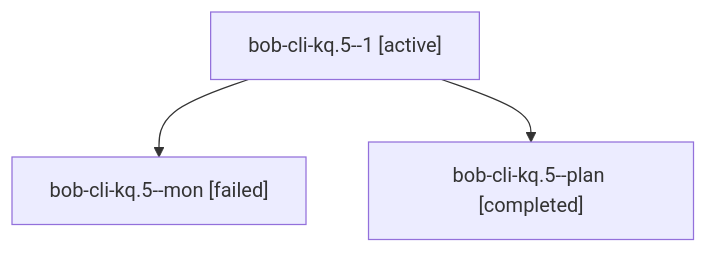
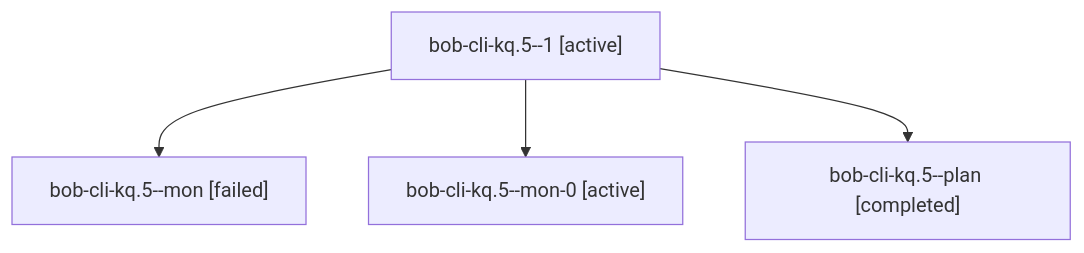
One commit to bobs-org/bob-cli--agents changed the diagram in sessions/bbugyi200.athena.bob-cli-kq.5.md. Above: the diagram before and after it, drawn with Mermaid. The commit also changed other lines of this file and 29 other files, not shown here.

````diff
--- a/sessions/bbugyi200.athena.bob-cli-kq.5.md
+++ b/sessions/bbugyi200.athena.bob-cli-kq.5.md
@@ -9,8 +9,10 @@
 ```mermaid
 flowchart TD
   n0["bob-cli-kq.5--1 [active]"]
   n1["bob-cli-kq.5--mon [failed]"]
   n0 --> n1
-  n2["bob-cli-kq.5--plan [completed]"]
+  n2["bob-cli-kq.5--mon-0 [active]"]
   n0 --> n2
+  n3["bob-cli-kq.5--plan [completed]"]
+  n0 --> n3
 ```
````
